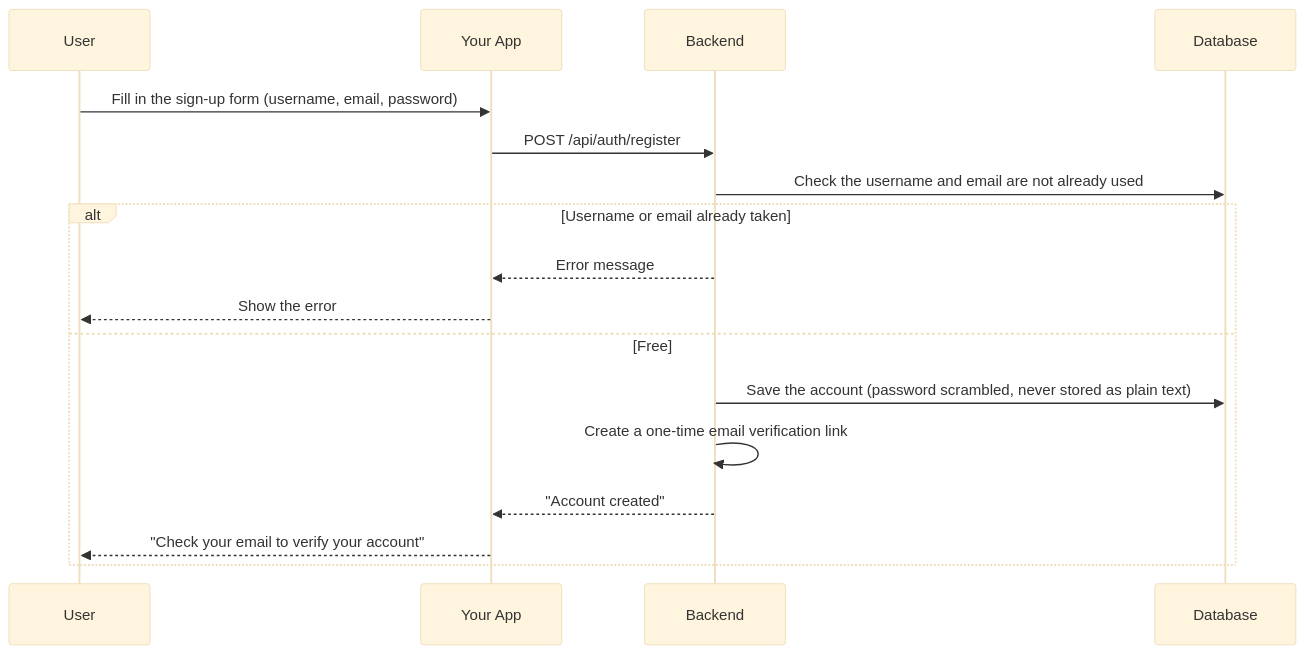
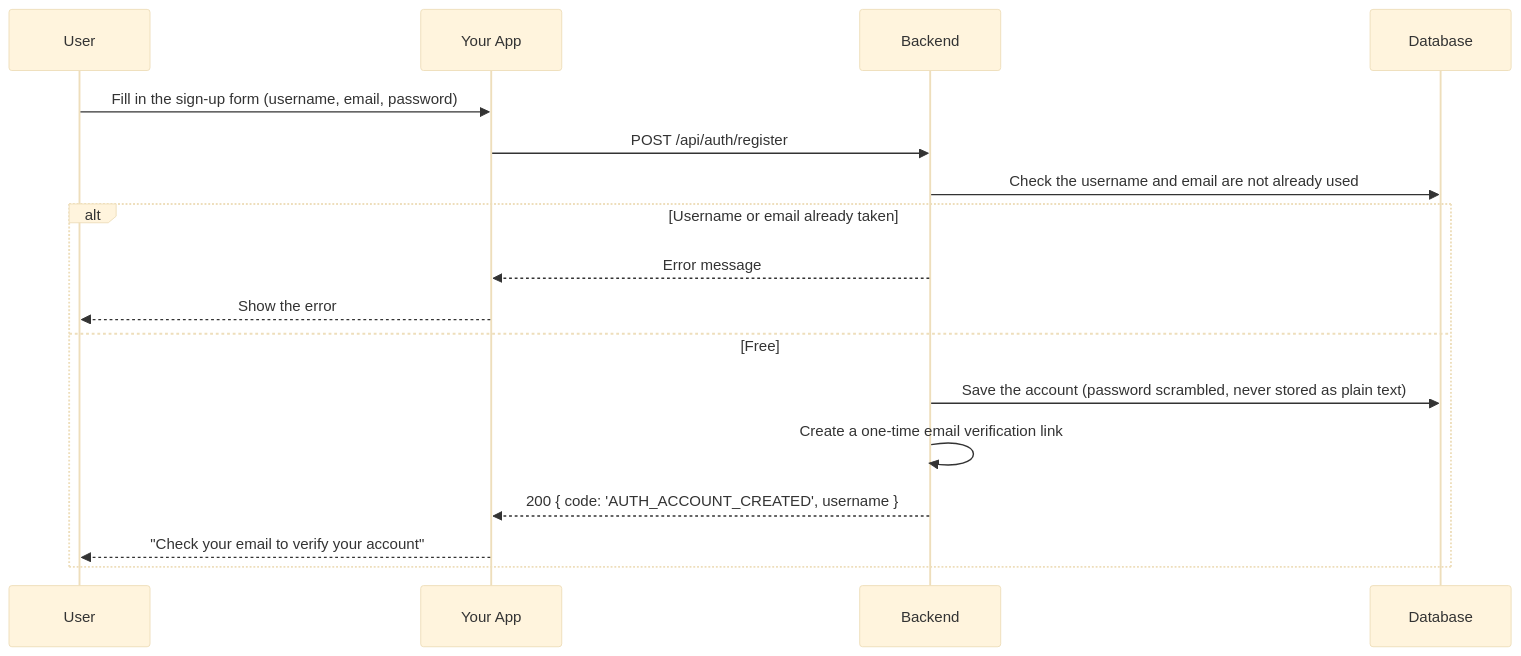
Before and after one commit to IrmaJoKerr/ft_transcendence-ludo: the first of 8 diagrams in docs/backend/backend-auth-module.md, drawn with Mermaid (base theme). The commit also changed other lines of this file and 8 other files, not shown here.

````diff
--- a/docs/backend/backend-auth-module.md
+++ b/docs/backend/backend-auth-module.md
@@ -329,20 +329,20 @@
 ```mermaid
 sequenceDiagram
     participant User
     participant Site as Your App
     participant Server as Backend
     participant DB as Database
 
     User->>Site: Fill in the sign-up form (username, email, password)
     Site->>Server: POST /api/auth/register
     Server->>DB: Check the username and email are not already used
     alt Username or email already taken
         Server-->>Site: Error message
         Site-->>User: Show the error
     else Free
         Server->>DB: Save the account (password scrambled, never stored as plain text)
         Server->>Server: Create a one-time email verification link
-        Server-->>Site: "Account created"
+        Server-->>Site: 200 { code: 'AUTH_ACCOUNT_CREATED', username }
         Site-->>User: "Check your email to verify your account"
     end
 ```
````
